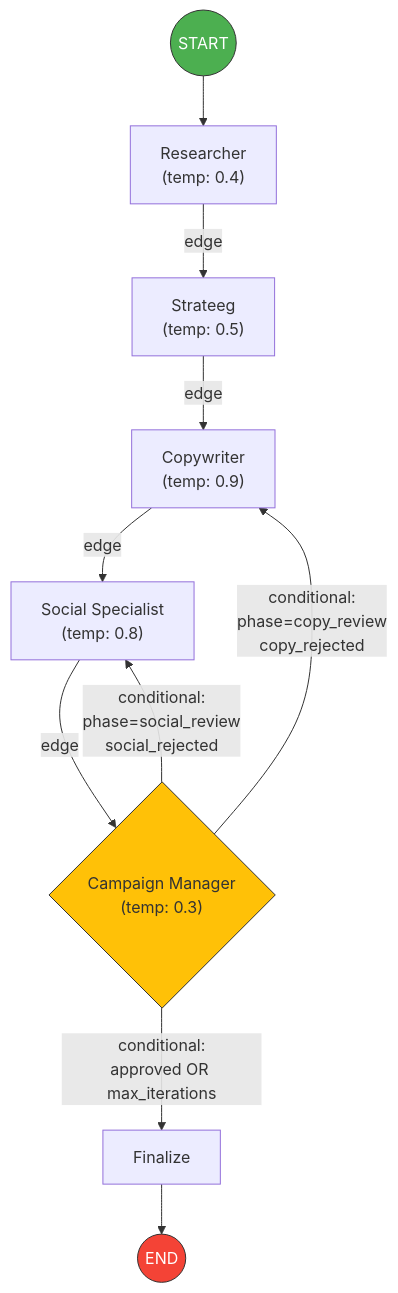
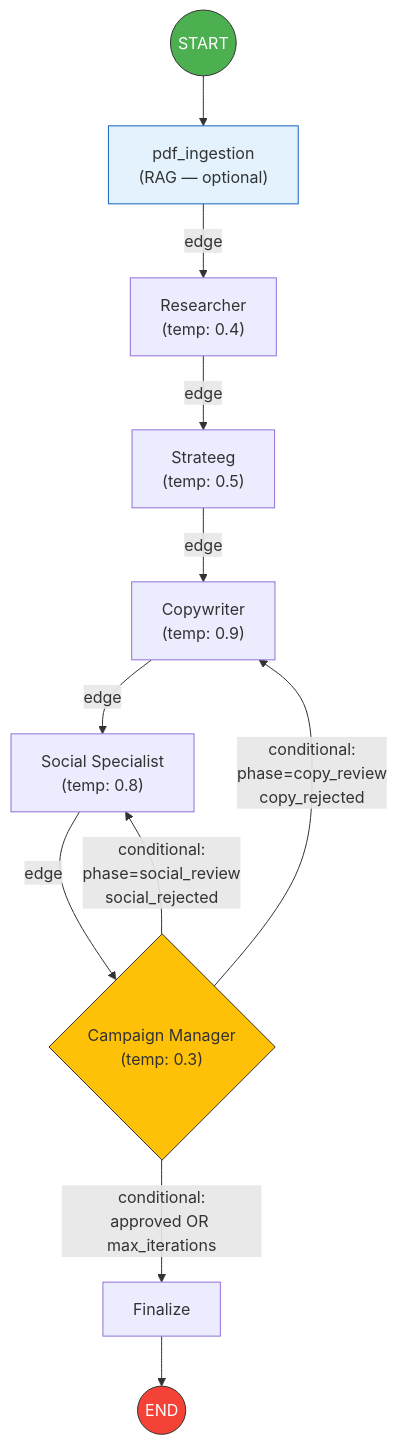
Before and after one commit to nickvanhooff/eva-multi-agent: the first of 3 diagrams in docs/architecture.md, drawn with Mermaid. The commit also changed other lines of this file and 1 other file, not shown here.

First line of the commit message:
docs: update README and architecture for dynamic skills and RAG node

````diff
--- a/docs/architecture.md
+++ b/docs/architecture.md
@@ -9,17 +9,19 @@
 ```mermaid
 flowchart TD
-    START((START)) --> R["Researcher\n(temp: 0.4)"]
+    START((START)) --> PDF["pdf_ingestion\n(RAG — optional)"]
+    PDF -->|edge| R["Researcher\n(temp: 0.4)"]
     R -->|edge| S["Strateeg\n(temp: 0.5)"]
     S -->|edge| CW["Copywriter\n(temp: 0.9)"]
     CW -->|edge| SS["Social Specialist\n(temp: 0.8)"]
     SS -->|edge| CM{"Campaign Manager\n(temp: 0.3)"}
 
     CM -->|"conditional:\nphase=copy_review\ncopy_rejected"| CW
     CM -->|"conditional:\nphase=social_review\nsocial_rejected"| SS
     CM -->|"conditional:\napproved OR max_iterations"| FIN["Finalize"]
     FIN --> END((END))
 
     style START fill:#4CAF50,stroke:#333,color:#fff
     style END fill:#f44336,stroke:#333,color:#fff
     style CM fill:#FFC107,stroke:#333
+    style PDF fill:#E3F2FD,stroke:#1565C0
 ```
````
